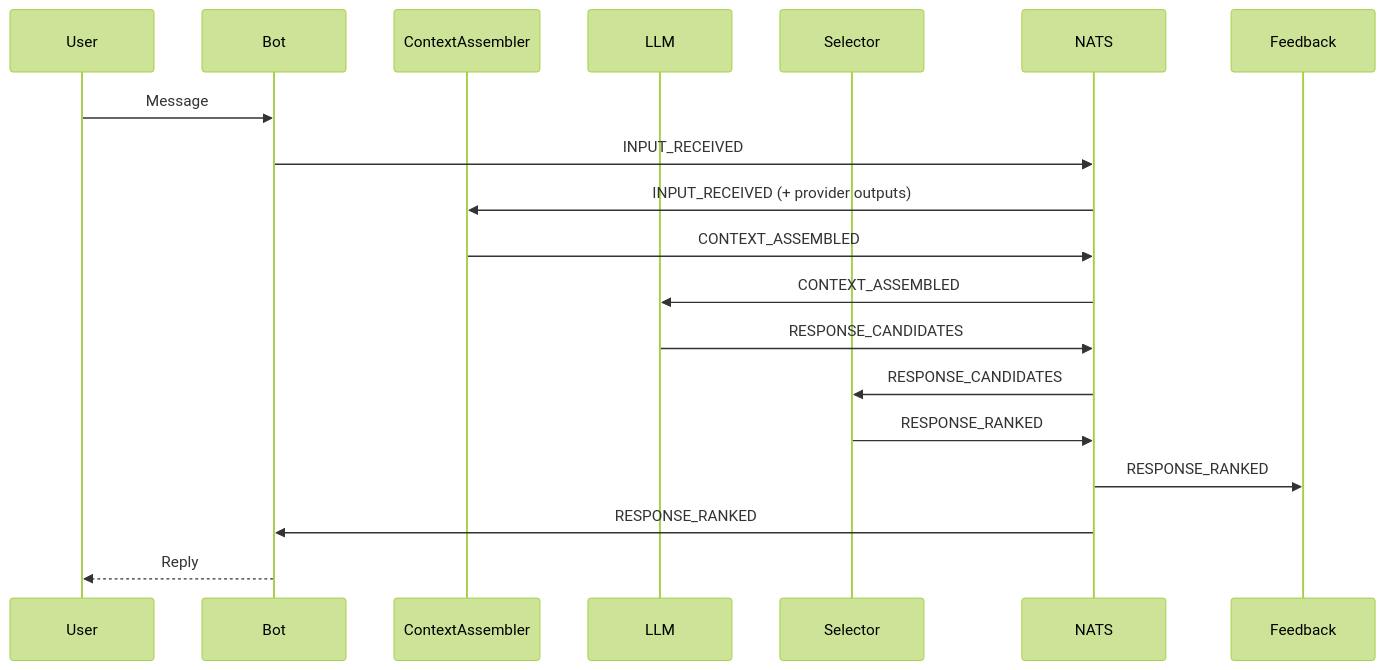
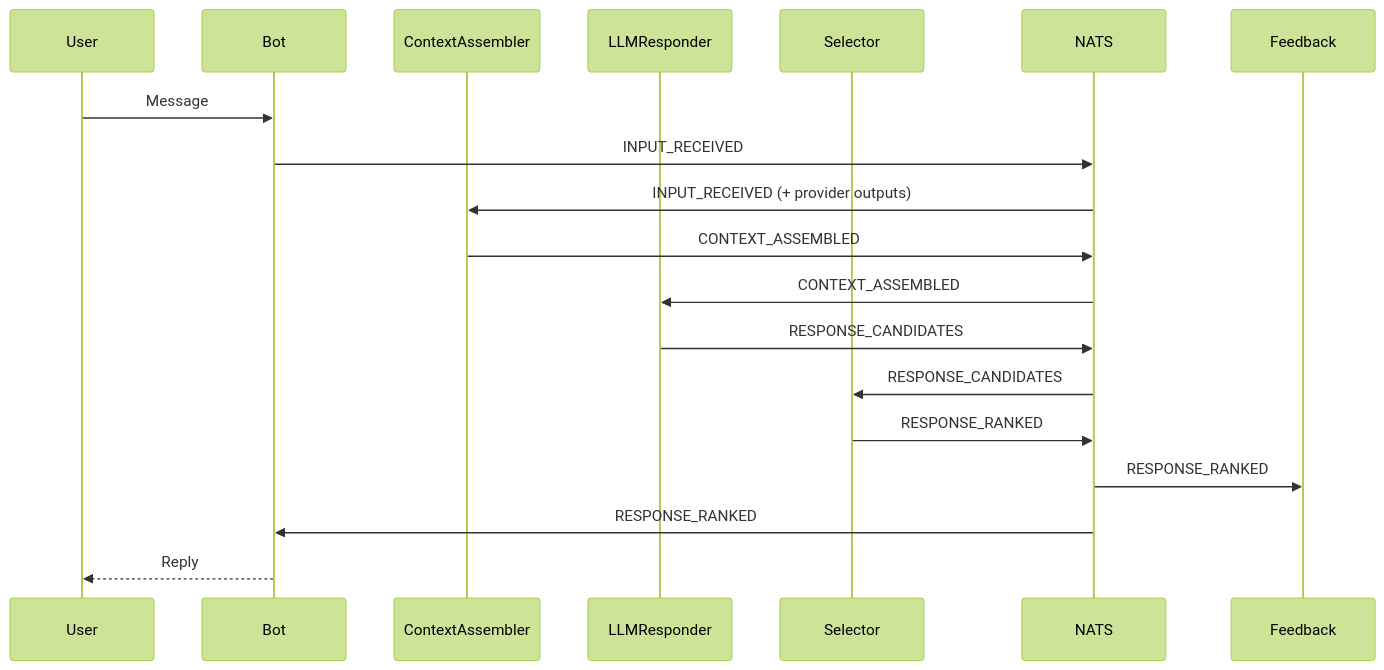
The diagram in docs/architecture.md (d0tTino/DeepThought-ReThought), drawn with Mermaid (forest theme) before and after one commit. The commit also changed other lines of this file and 6 other files, not shown here.

````diff
--- a/docs/architecture.md
+++ b/docs/architecture.md
@@ -35,20 +36,20 @@
 ```mermaid
 sequenceDiagram
     participant User
     participant Bot
     participant ContextAssembler
-    participant LLM
+    participant LLMResponder
     participant Selector
 
     User->>Bot: Message
     Bot->>NATS: INPUT_RECEIVED
     NATS->>ContextAssembler: INPUT_RECEIVED (+ provider outputs)
     ContextAssembler->>NATS: CONTEXT_ASSEMBLED
-    NATS->>LLM: CONTEXT_ASSEMBLED
-    LLM->>NATS: RESPONSE_CANDIDATES
+    NATS->>LLMResponder: CONTEXT_ASSEMBLED
+    LLMResponder->>NATS: RESPONSE_CANDIDATES
     NATS->>Selector: RESPONSE_CANDIDATES
     Selector->>NATS: RESPONSE_RANKED
     NATS->>Feedback: RESPONSE_RANKED
     NATS->>Bot: RESPONSE_RANKED
     Bot-->>User: Reply
 ```
````
